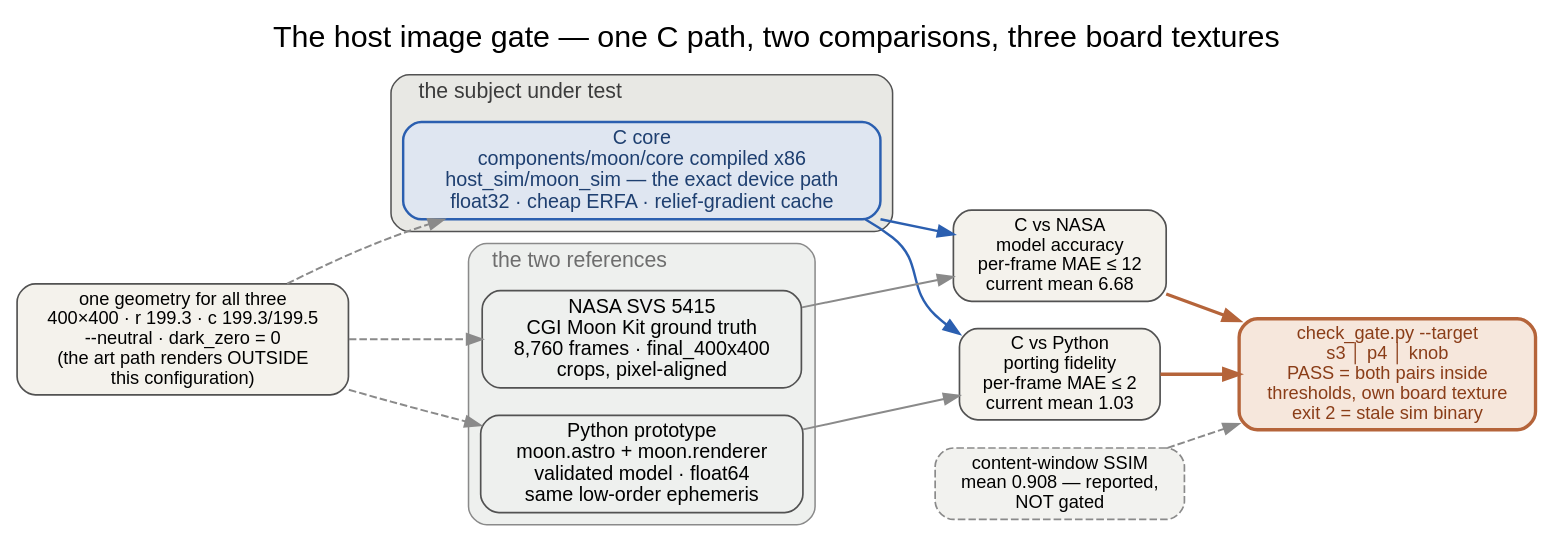
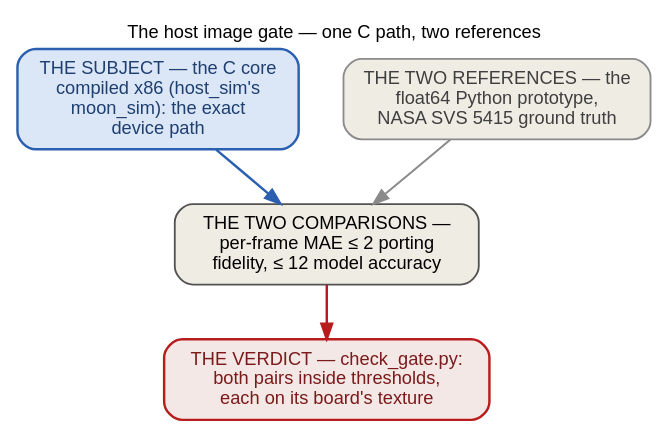
The diagram in docs/_graphs/image-gate.dot (ukos-git/moon-clock-esp), drawn with Graphviz before and after one commit. The commit also changed 21 other files, not shown here.

First line of the commit message:
docs: sibling B11/B12 completion snapshot — verification trio + device/build split

```diff
--- a/docs/_graphs/image-gate.dot
+++ b/docs/_graphs/image-gate.dot
@@ -1,57 +1,42 @@
+// The host image gate as a black box: one subject (the x86 build of
+// the device's own C core), two references, two thresholded MAE
+// comparisons, three board textures. The internals are opened in the
+// detail sketches:
+//   image-gate-references.dot  the dataflow — subject, references,
+//                              comparisons
+//   image-gate-thresholds.dot  the thresholds, the geometry, SSIM,
+//                              the per-target verdict
+// The gate runs on a 32-frame set (8 frames per quarter of the phase
+// cycle, evenly spaced across the year), rendered at the reference
+// geometry with --neutral and dark_zero = 0 — the PHYSICS
+// configuration; the display's artistic constants render OUTSIDE this
+// path, which is what makes the art pass byte-identical.
+// The device half of the same standard is
+// docs/verification/device-verify.rst.
+// FONTS: 12 pt = the page's 16 px body text at 1:1 — kept inside the
+// content column.
+// Rendered inline as SVG by sphinx.ext.graphviz (dot on PATH).
 digraph gate {
-    rankdir=LR;
-    label="The host image gate — one C path, two comparisons, three board textures";
-    labelloc="t";
-    fontname="Helvetica"; fontsize=20;
-    node [fontname="Helvetica", fontsize=13, style="rounded,filled",
-          shape=box, width=1.7, height=0.5,
-          fillcolor="#f2f2ef", color="#525252", penwidth=1.1];
-    edge [fontname="Helvetica", fontsize=11, color="#8a8a8a", penwidth=1.3];
+    rankdir=TB;
+    label="The host image gate — one C path, two references";
+    labelloc="t"; labeljust="c";
+    fontname="Helvetica"; fontsize=12;
+    graph [nodesep=0.4, ranksep=0.5];
+    node [fontname="Helvetica", fontsize=12, shape=box, style="rounded,filled",
+          width=0, height=0, margin="0.16,0.10", fillcolor="#f2f2ef",
+          color="#525252", penwidth=1.2];
+    edge [fontname="Helvetica", fontsize=12, color="#8a8a8a", penwidth=1.3];
 
-    subgraph cluster_subject {
-        label="the subject under test";
-        labeljust="l";
-        style="rounded,filled";
-        fillcolor="#e8e8e4";
-        color="#525252";
-        fontsize=14; fontcolor="#3c3c3c";
-        c [label="C core\ncomponents/moon/core compiled x86\nhost_sim/moon_sim — the exact device path\nfloat32 · cheap ERFA · relief-gradient cache",
-           fillcolor="#dfe6f1", color="#2b5fb0", penwidth=1.6, fontcolor="#1e3f70"];
-    }
+    subject [label="THE SUBJECT — the C core\ncompiled x86 (host_sim's\nmoon_sim): the exact\ndevice path",
+             fillcolor="#dbe7f6", color="#2b5fb0", fontcolor="#1e3f70", penwidth=1.6];
+    refs [label="THE TWO REFERENCES — the\nfloat64 Python prototype,\nNASA SVS 5415 ground truth",
+          fillcolor="#efece4", color="#8a8a8a", fontcolor="#3f3f3f"];
+    cmps [label="THE TWO COMPARISONS —\nper-frame MAE ≤ 2 porting\nfidelity, ≤ 12 model accuracy",
+          fillcolor="#efece4"];
+    verdict [label="THE VERDICT — check_gate.py:\nboth pairs inside thresholds,\neach on its board's texture",
+             fillcolor="#f4e8e6", color="#b91c1c", fontcolor="#7a1a1a", penwidth=1.6];
 
-    subgraph cluster_refs {
-        label="the two references";
-        labeljust="l";
-        style="rounded,filled";
-        fillcolor="#eef0ee";
-        color="#8a8a8a";
-        fontsize=14; fontcolor="#6e6e6e";
-        py [label="Python prototype\nmoon.astro + moon.renderer\nvalidated model · float64\nsame low-order ephemeris", fillcolor="#eef0ee"];
-        nasa [label="NASA SVS 5415\nCGI Moon Kit ground truth\n8,760 frames · final_400x400\ncrops, pixel-aligned", fillcolor="#eef0ee"];
-    }
-
-    geom [label="one geometry for all three\n400×400 · r 199.3 · c 199.3/199.5\n--neutral · dark_zero = 0\n(the art path renders OUTSIDE\nthis configuration)",
-          fillcolor="#f4f2ec", fontsize=12];
-
-    cmp_py [label="C vs Python\nporting fidelity\nper-frame MAE ≤ 2\ncurrent mean 1.03",
-            fillcolor="#f4f2ec", fontsize=12];
-    cmp_nasa [label="C vs NASA\nmodel accuracy\nper-frame MAE ≤ 12\ncurrent mean 6.68",
-              fillcolor="#f4f2ec", fontsize=12];
-    ssim [label="content-window SSIM\nmean 0.908 — reported,\nNOT gated",
-          fillcolor="#f2f2ef", color="#8a8a8a", style="rounded,filled,dashed", fontsize=12];
-
-    verdict [label="check_gate.py --target\ns3 │ p4 │ knob\nPASS = both pairs inside\nthresholds, own board texture\nexit 2 = stale sim binary",
-             fillcolor="#f6e7dc", color="#b5643a", penwidth=2.2,
-             fontcolor="#8a3d18", fontsize=12];
-
-    geom -> c     [style=dashed, color="#8a8a8a"];
-    geom -> py    [style=dashed, color="#8a8a8a"];
-    geom -> nasa  [style=dashed, color="#8a8a8a"];
-    c    -> cmp_py   [color="#2b5fb0", penwidth=1.6];
-    py   -> cmp_py   [color="#8a8a8a"];
-    c    -> cmp_nasa [color="#2b5fb0", penwidth=1.6];
-    nasa -> cmp_nasa [color="#8a8a8a"];
-    cmp_py   -> verdict [color="#b5643a", penwidth=2.2, style=bold];
-    cmp_nasa -> verdict [color="#b5643a", penwidth=2.2, style=bold];
-    ssim -> verdict [style=dashed];
+    subject -> cmps [color="#2b5fb0", penwidth=1.6];
+    refs -> cmps;
+    cmps -> verdict [color="#b91c1c", penwidth=1.6];
 }
```
